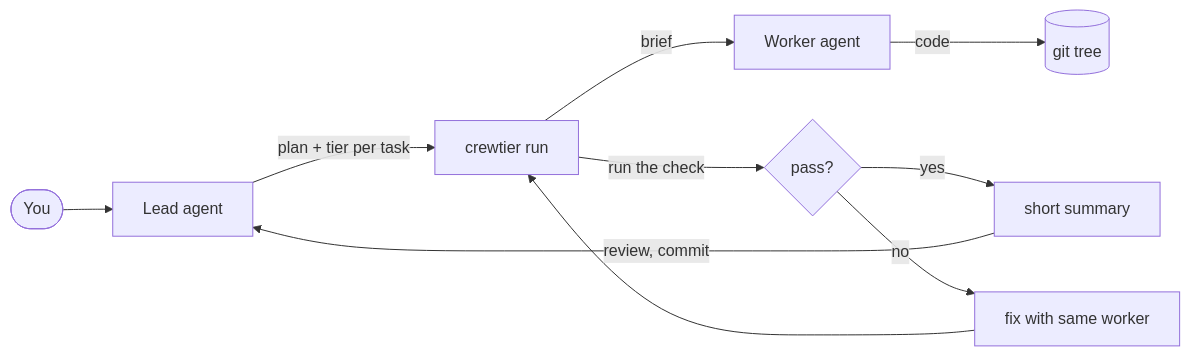
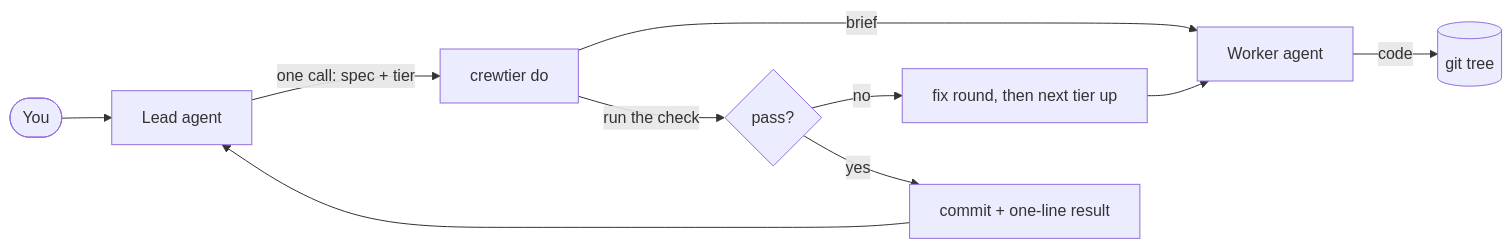
The diagram in README.md (noxhsxrk/crewtier), drawn with Mermaid before and after one commit. The commit also changed other lines of this file and 7 other files, not shown here.

First line of the commit message:
crewtier do: one call per delegated task; slim skill; honest README

````diff
--- a/README.md
+++ b/README.md
@@ -83,12 +80,12 @@
 ```mermaid
 flowchart LR
     U([You]) --> L[Lead agent]
-    L -->|plan + tier per task| R[crewtier run]
-    R -->|brief| W[Worker agent]
+    L -->|one call: spec + tier| D[crewtier do]
+    D -->|brief| W[Worker agent]
     W -->|code| G[(git tree)]
-    R -->|run the check| T{pass?}
-    T -->|yes| S[short summary]
-    T -->|no| F[fix with same worker]
-    F --> R
-    S -->|review, commit| L
+    D -->|run the check| T{pass?}
+    T -->|no| F[fix round, then next tier up]
+    F --> W
+    T -->|yes| C[commit + one-line result]
+    C --> L
 ```
````
